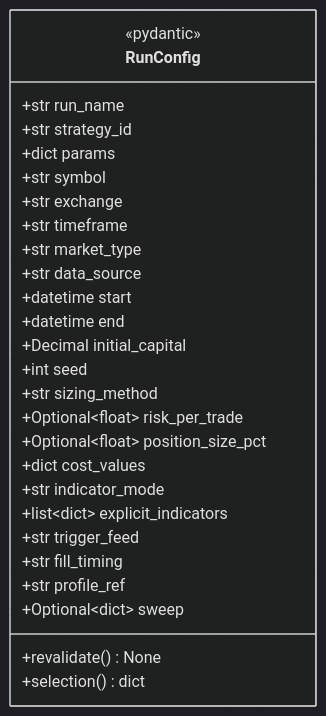
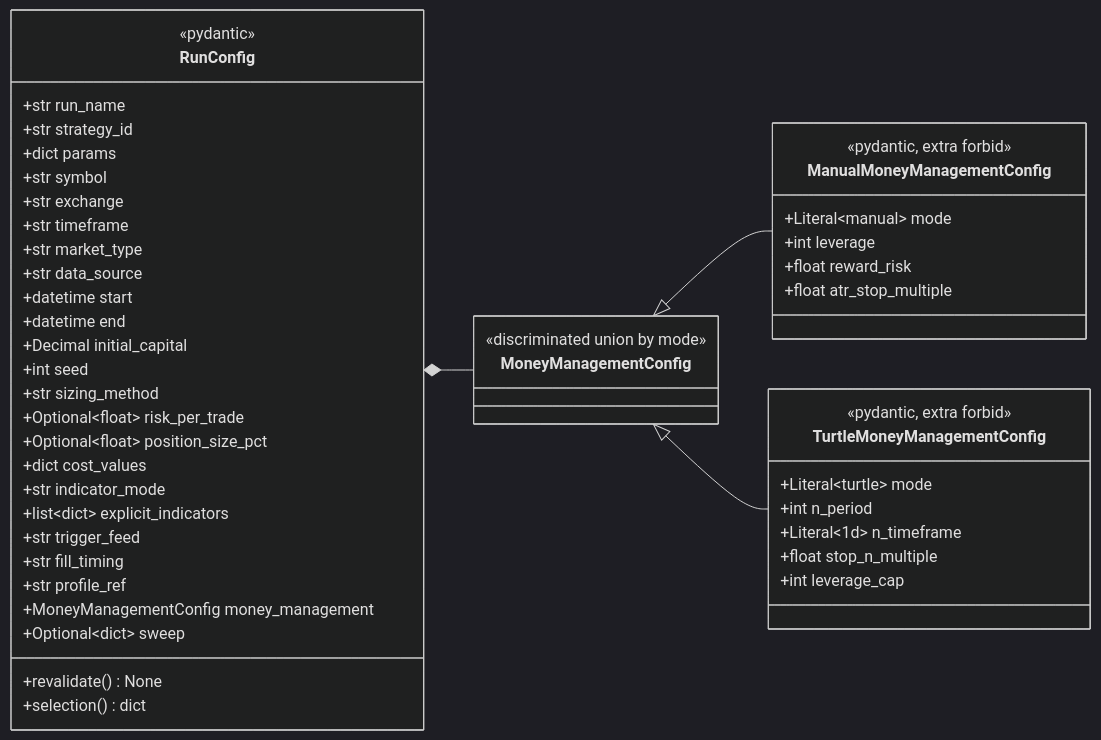
Before and after one commit to vessel35/trading-system-v2: diagram 31 of 38 in docs/fullspec/backtest_v2_detailed_design.md, drawn with Mermaid (dark theme). The commit also changed other lines of this file and 1 other file, not shown here.

````diff
--- a/docs/fullspec/backtest_v2_detailed_design.md
+++ b/docs/fullspec/backtest_v2_detailed_design.md
@@ -3270,31 +3804,53 @@
 ```mermaid
 classDiagram
     direction LR
     class RunConfig {
         <<pydantic>>
         +str run_name
         +str strategy_id
         +dict params
         +str symbol
         +str exchange
         +str timeframe
         +str market_type
         +str data_source
         +datetime start
         +datetime end
         +Decimal initial_capital
         +int seed
         +str sizing_method
         +Optional~float~ risk_per_trade
         +Optional~float~ position_size_pct
         +dict cost_values
         +str indicator_mode
         +list~dict~ explicit_indicators
         +str trigger_feed
         +str fill_timing
         +str profile_ref
+        +MoneyManagementConfig money_management
         +Optional~dict~ sweep
         +revalidate() None
         +selection() dict
     }
+    class ManualMoneyManagementConfig {
+        <<pydantic, extra forbid>>
+        +Literal~manual~ mode
+        +int leverage
+        +float reward_risk
+        +float atr_stop_multiple
+    }
+    class TurtleMoneyManagementConfig {
+        <<pydantic, extra forbid>>
+        +Literal~turtle~ mode
+        +int n_period
+        +Literal~1d~ n_timeframe
+        +float stop_n_multiple
+        +int leverage_cap
+    }
+    class MoneyManagementConfig {
+        <<discriminated union by mode>>
+    }
+    RunConfig *-- MoneyManagementConfig
+    MoneyManagementConfig <|-- ManualMoneyManagementConfig
+    MoneyManagementConfig <|-- TurtleMoneyManagementConfig
 ```
````
